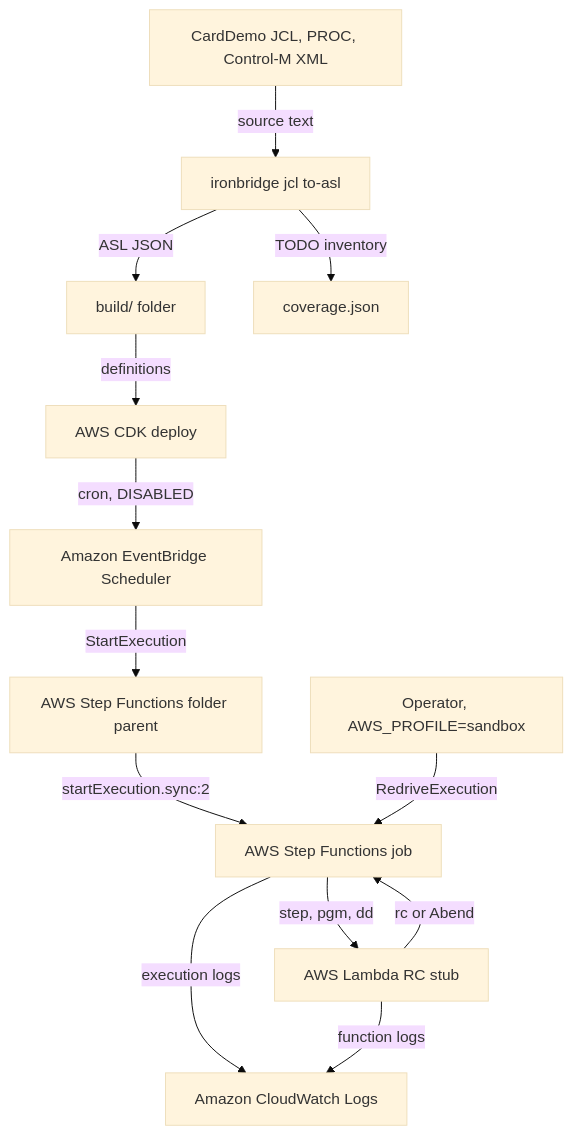
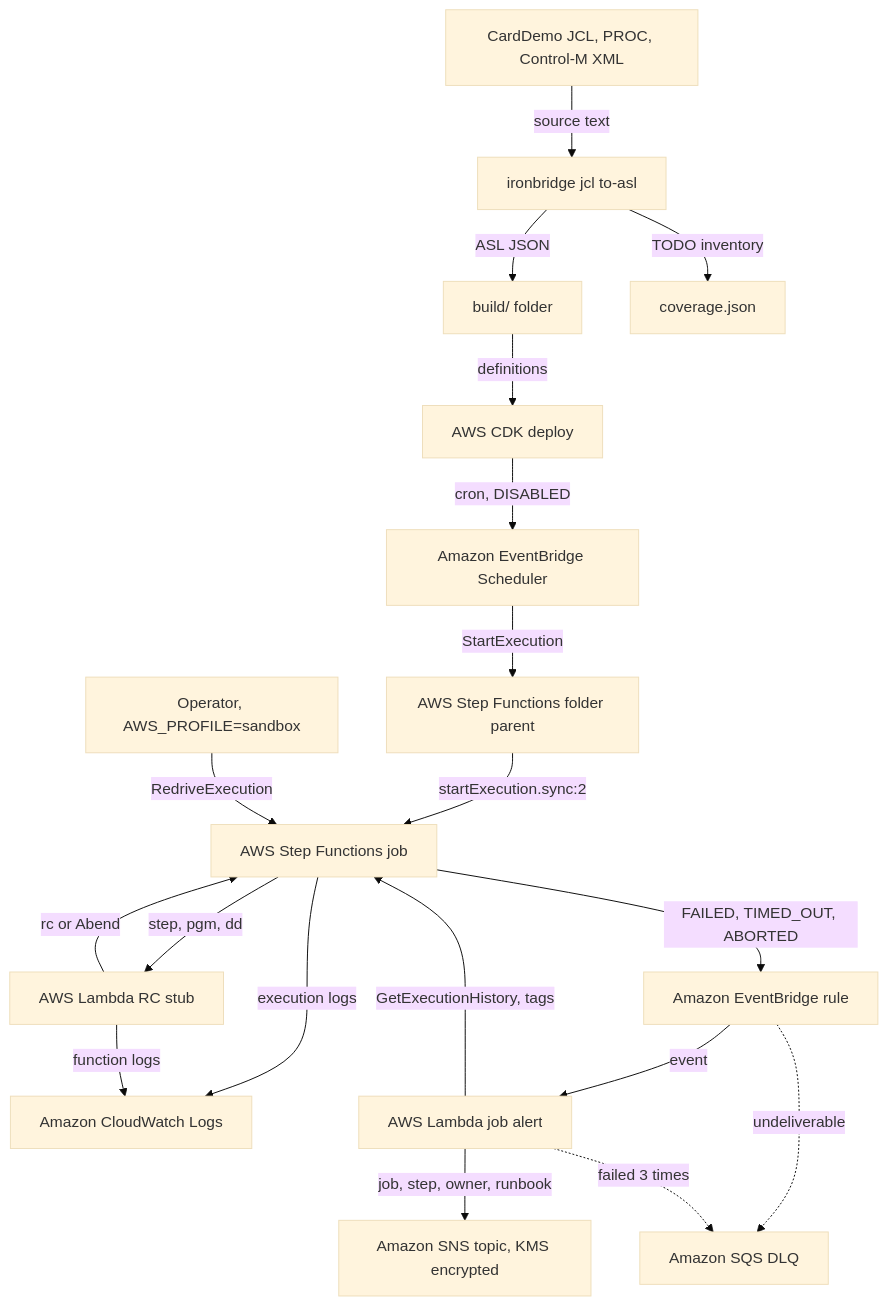
One commit to hsiddhu2/ironbridge changed the diagram in demos/01-jcl-to-asl/README.md. Above: the diagram before and after it, drawn with Mermaid (base theme). The commit also changed other lines of this file and 33 other files, not shown here.

````diff
--- a/demos/01-jcl-to-asl/README.md
+++ b/demos/01-jcl-to-asl/README.md
@@ -15,15 +17,21 @@
 ```mermaid
 flowchart TB
   SRC["CardDemo JCL, PROC, Control-M XML"] -->|source text| CLI["ironbridge jcl to-asl"]
   CLI -->|ASL JSON| BUILD["build/ folder"]
   CLI -->|TODO inventory| COV["coverage.json"]
   BUILD -->|definitions| CDK["AWS CDK deploy"]
   CDK -->|cron, DISABLED| SCH["Amazon EventBridge Scheduler"]
   SCH -->|StartExecution| PARENT["AWS Step Functions folder parent"]
   PARENT -->|startExecution.sync:2| JOB["AWS Step Functions job"]
   JOB -->|step, pgm, dd| STUB["AWS Lambda RC stub"]
   STUB -->|rc or Abend| JOB
   JOB -->|execution logs| CWL["Amazon CloudWatch Logs"]
   STUB -->|function logs| CWL
   OP["Operator, AWS_PROFILE=sandbox"] -->|RedriveExecution| JOB
+  JOB -->|FAILED, TIMED_OUT, ABORTED| RULE["Amazon EventBridge rule"]
+  RULE -->|event| ALERT["AWS Lambda job alert"]
+  ALERT -->|GetExecutionHistory, tags| JOB
+  ALERT -->|job, step, owner, runbook| SNS["Amazon SNS topic, KMS encrypted"]
+  RULE -.->|undeliverable| DLQ["Amazon SQS DLQ"]
+  ALERT -.->|failed 3 times| DLQ
 ```
````
